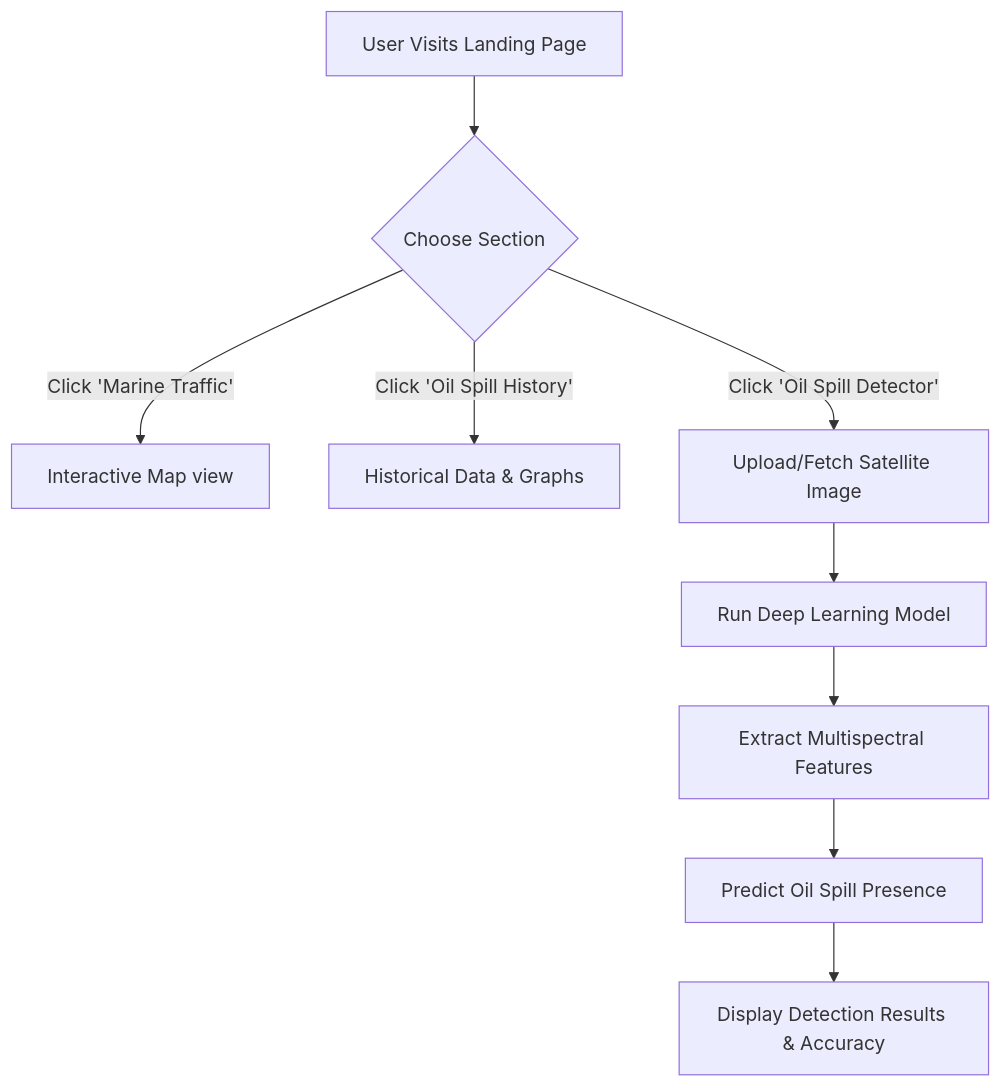
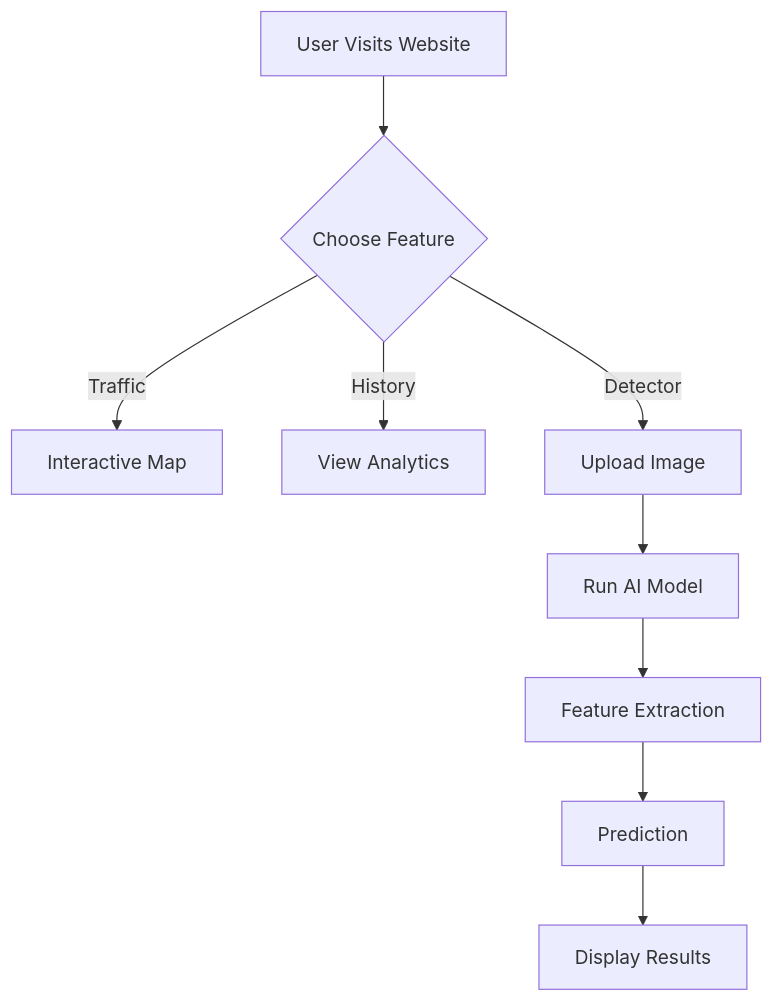
The second of 2 diagrams in README.md (Chandra142/Oil-Spill-Detection), drawn with Mermaid before and after one commit. The commit also changed other lines of this file, not shown here.

````diff
--- a/README.md
+++ b/README.md
@@ -93,12 +135,12 @@
 ```mermaid
 graph TD
-    A[User Visits Landing Page] --> B{Choose Section}
-    B -->|Click 'Marine Traffic'| C[Interactive Map view]
-    B -->|Click 'Oil Spill History'| D[Historical Data & Graphs]
-    B -->|Click 'Oil Spill Detector'| E[Upload/Fetch Satellite Image]
+    A[User Visits Website] --> B{Choose Feature}
+    B -->|Traffic| C[Interactive Map]
+    B -->|History| D[View Analytics]
+    B -->|Detector| E[Upload Image]
     
-    E --> F[Run Deep Learning Model]
-    F --> G[Extract Multispectral Features]
-    G --> H[Predict Oil Spill Presence]
-    H --> I[Display Detection Results & Accuracy]
+    E --> F[Run AI Model]
+    F --> G[Feature Extraction]
+    G --> H[Prediction]
+    H --> I[Display Results]
 ```
````
